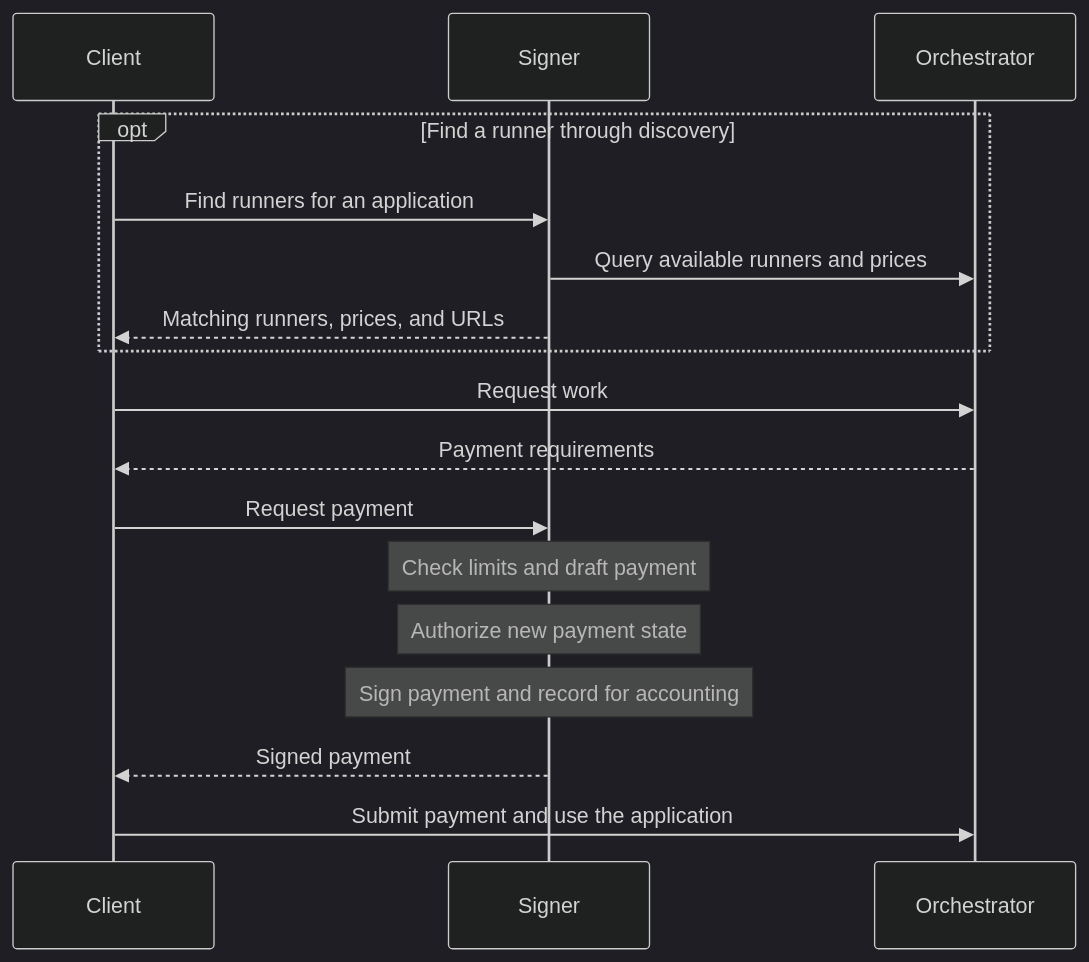
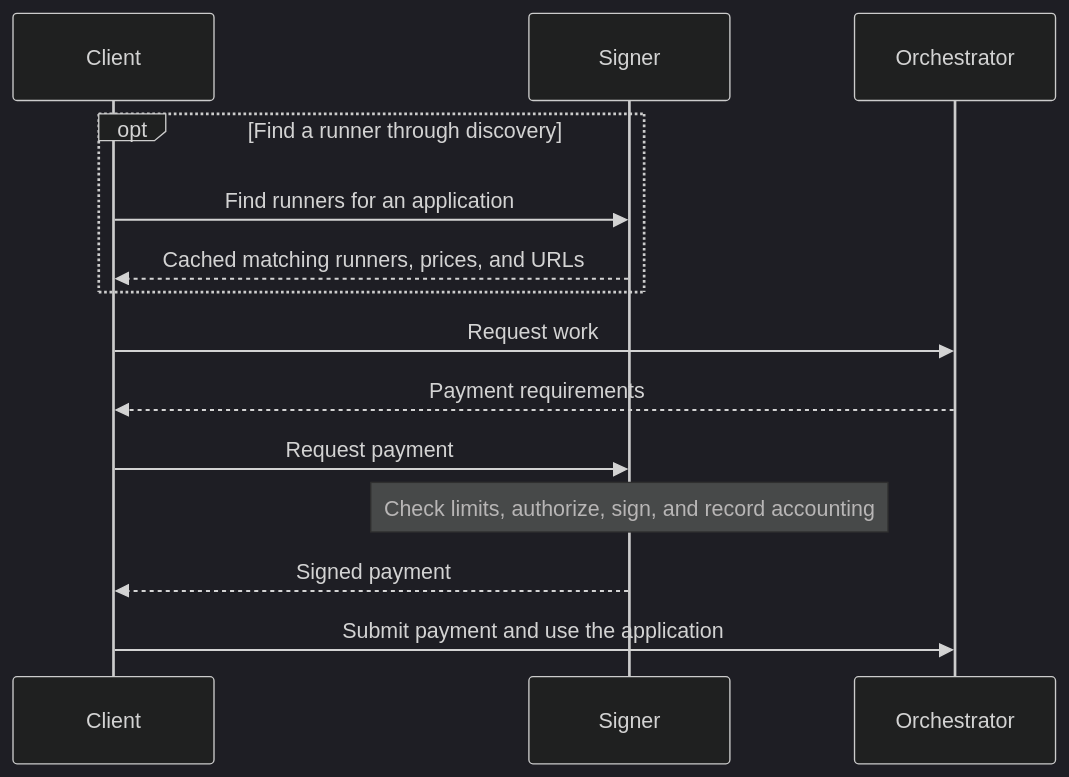
The diagram in docs/signer.md (NE-Build-Track/node), drawn with Mermaid (dark theme) before and after one commit. The commit also changed other lines of this file and 9 other files, not shown here.

````diff
--- a/docs/signer.md
+++ b/docs/signer.md
@@ -22,19 +7,16 @@
 ```mermaid
 sequenceDiagram
   participant Client
   participant Signer
   participant Orchestrator
   opt Find a runner through discovery
     Client->>Signer: Find runners for an application
-    Signer->>Orchestrator: Query available runners and prices
-    Signer-->>Client: Matching runners, prices, and URLs
+    Signer-->>Client: Cached matching runners, prices, and URLs
   end
   Client->>Orchestrator: Request work
   Orchestrator-->>Client: Payment requirements
   Client->>Signer: Request payment
-  Note over Signer: Check limits and draft payment
-  Note over Signer: Authorize new payment state
-  Note over Signer: Sign payment and record for accounting
+  Note over Signer: Check limits, authorize, sign, and record accounting
   Signer-->>Client: Signed payment
   Client->>Orchestrator: Submit payment and use the application
 ```
````
